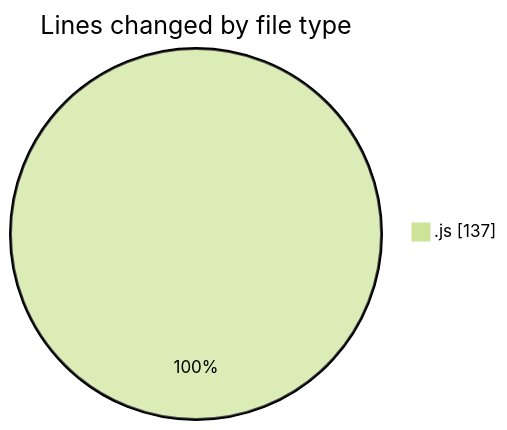
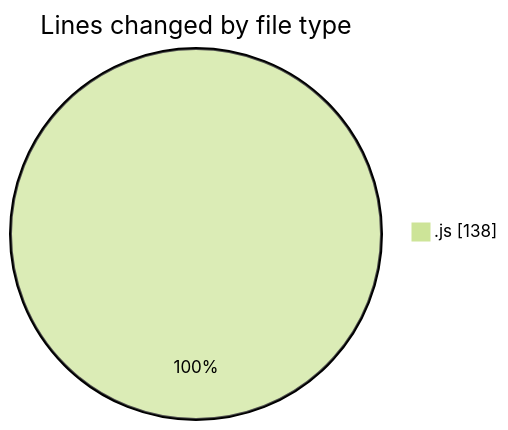
The first of 2 diagrams in 2025-05-23/cda/README.md (momahboobian/code-tracking), drawn with Mermaid (forest theme) before and after one commit. The commit also changed other lines of this file and 1 other file, not shown here.

````diff
--- a/2025-05-23/cda/README.md
+++ b/2025-05-23/cda/README.md
@@ -22,5 +22,5 @@
 ```mermaid
 pie showData
 title Lines changed by file type
-".js" : 137
+".js" : 138
 ```
````
